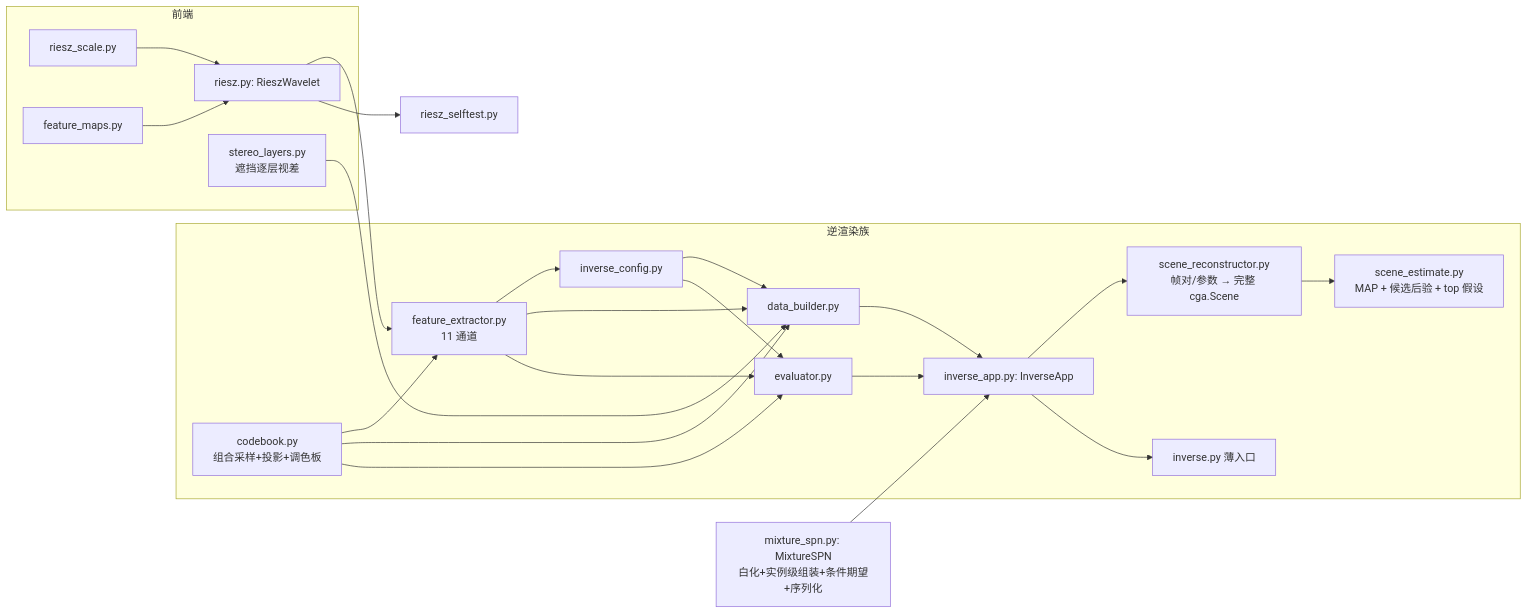
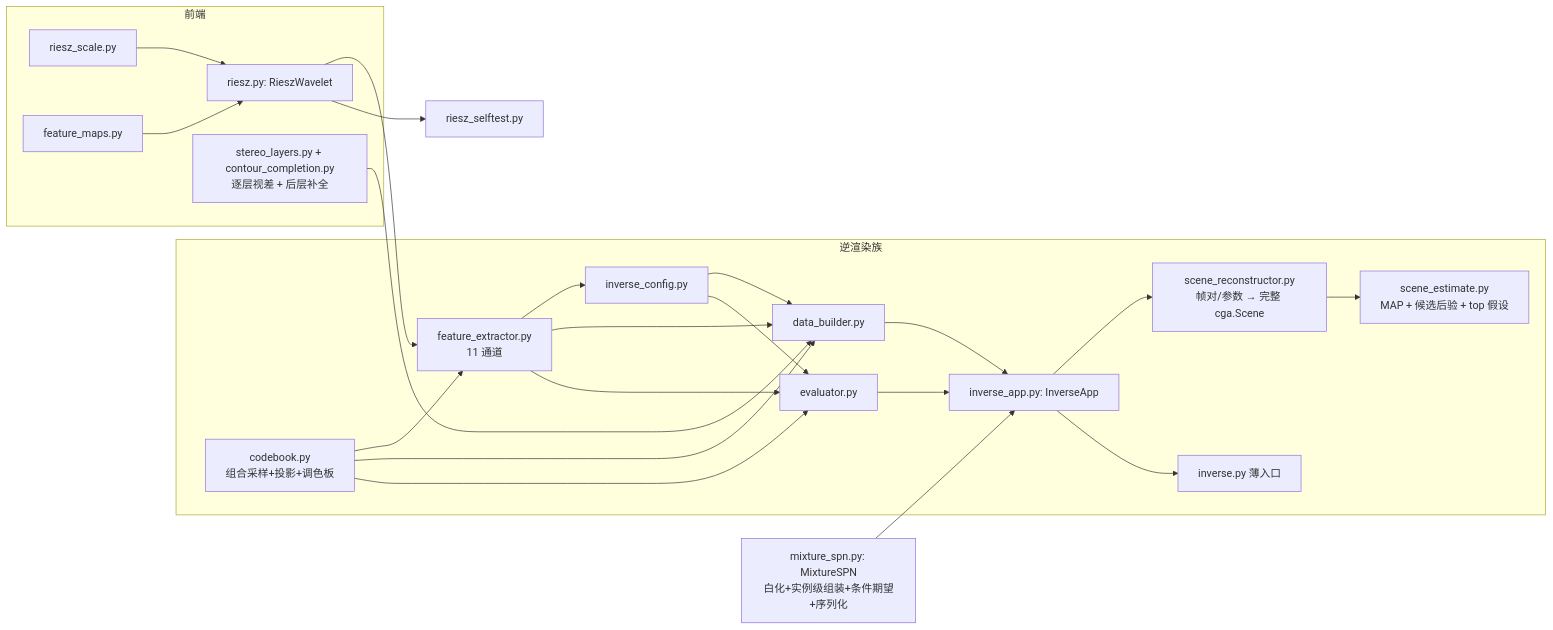
The fourth of 5 diagrams in docs/architecture.md (aki-xavier/conger), drawn with Mermaid before and after one commit. The commit also changed other lines of this file and 8 other files, not shown here.

````diff
--- a/docs/architecture.md
+++ b/docs/architecture.md
@@ -133,18 +135,18 @@
 ```mermaid
 flowchart LR
     subgraph CORE["逆渲染族"]
         CBK["codebook.py<br/>组合采样+投影+调色板"] --> FEX["feature_extractor.py<br/>11 通道"] --> DCFG["inverse_config.py"]
         CBK & FEX & DCFG --> DB["data_builder.py"] & EV["evaluator.py"]
         DB & EV --> APP["inverse_app.py: InverseApp"]
         APP --> REC["scene_reconstructor.py<br/>帧对/参数 → 完整 cga.Scene"]
         REC --> EST["scene_estimate.py<br/>MAP + 候选后验 + top 假设"]
         APP --> ENTRY["inverse.py 薄入口"]
     end
     subgraph FRONT["前端"]
         RS["riesz_scale.py"] & FM["feature_maps.py"] --> RW["riesz.py: RieszWavelet"]
         RW --> FEX
-        SL["stereo_layers.py<br/>遮挡逐层视差"] --> DB
+        SL["stereo_layers.py + contour_completion.py<br/>逐层视差 + 后层补全"] --> DB
     end
     MSP["mixture_spn.py: MixtureSPN<br/>白化+实例级组装+条件期望+序列化"] --> APP
     RW --> ST["riesz_selftest.py"]
 ```
````
